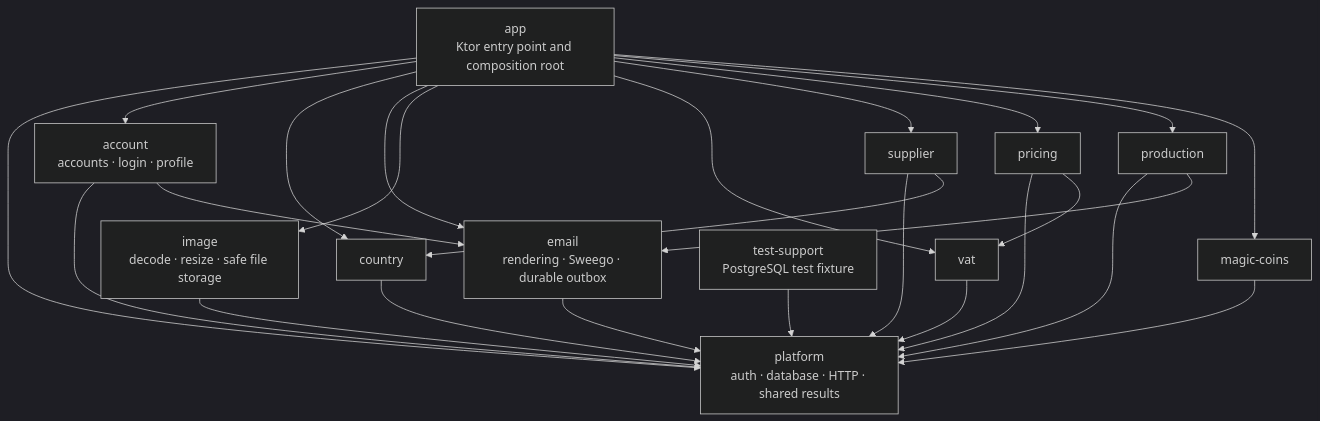
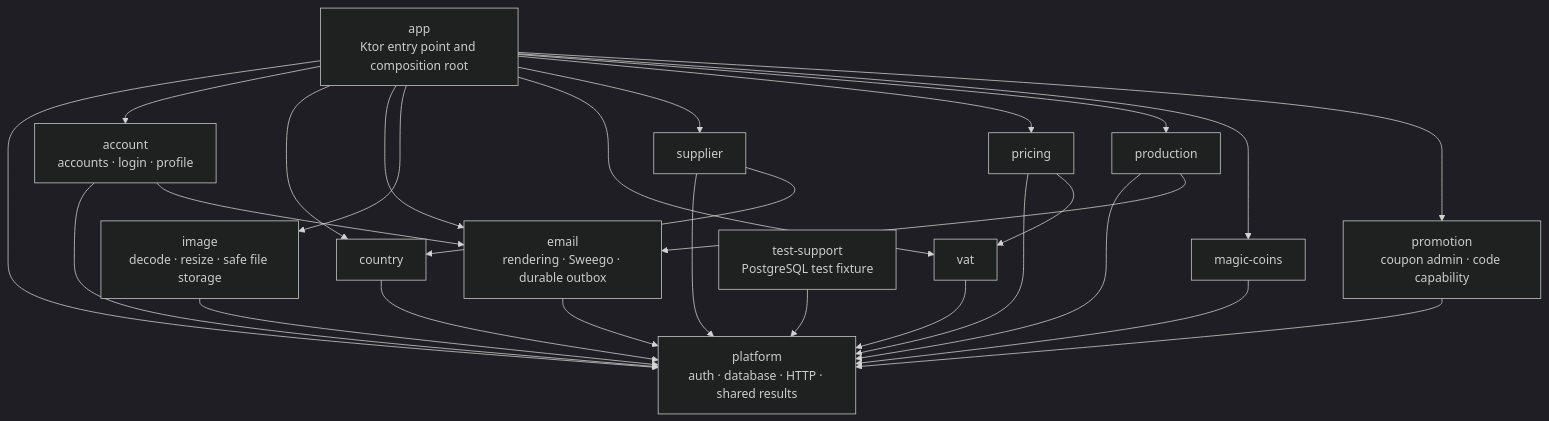
The diagram in docs/dev/backend/module-architecture.md (bitstorm-tech/voenix-shop-kotlin), drawn with Mermaid (dark theme) before and after one commit. The commit also changed other lines of this file and 7 other files, not shown here.

````diff
--- a/docs/dev/backend/module-architecture.md
+++ b/docs/dev/backend/module-architecture.md
@@ -34,40 +34,43 @@
 ```mermaid
 flowchart TD
     App["app<br/>Ktor entry point and composition root"]
     Platform["platform<br/>auth · database · HTTP · shared results"]
     Country["country"]
     Email["email<br/>rendering · Sweego · durable outbox"]
     Image["image<br/>decode · resize · safe file storage"]
     Vat["vat"]
     Supplier["supplier"]
     Pricing["pricing"]
     Production["production"]
     MagicCoins["magic-coins"]
     Account["account<br/>accounts · login · profile"]
+    Promotion["promotion<br/>coupon admin · code capability"]
     TestSupport["test-support<br/>PostgreSQL test fixture"]
 
     App --> Platform
     App --> Account
     App --> Country
     App --> Email
     App --> Image
     App --> Vat
     App --> Supplier
     App --> Pricing
     App --> Production
     App --> MagicCoins
+    App --> Promotion
     Country --> Platform
     Email --> Platform
     Image --> Platform
     Vat --> Platform
     Supplier --> Platform
     Supplier --> Country
     Pricing --> Platform
     Pricing --> Vat
     Production --> Platform
     Production --> Email
     MagicCoins --> Platform
     Account --> Platform
     Account --> Email
+    Promotion --> Platform
     TestSupport --> Platform
 ```
````
